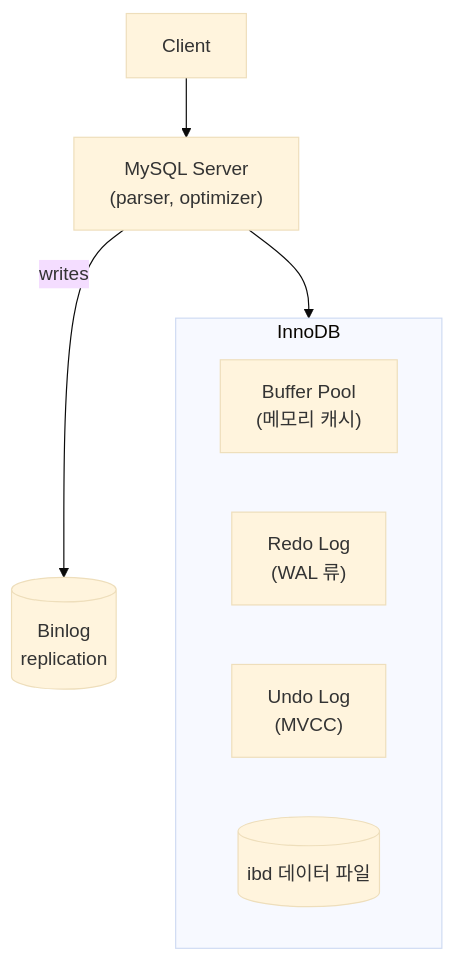
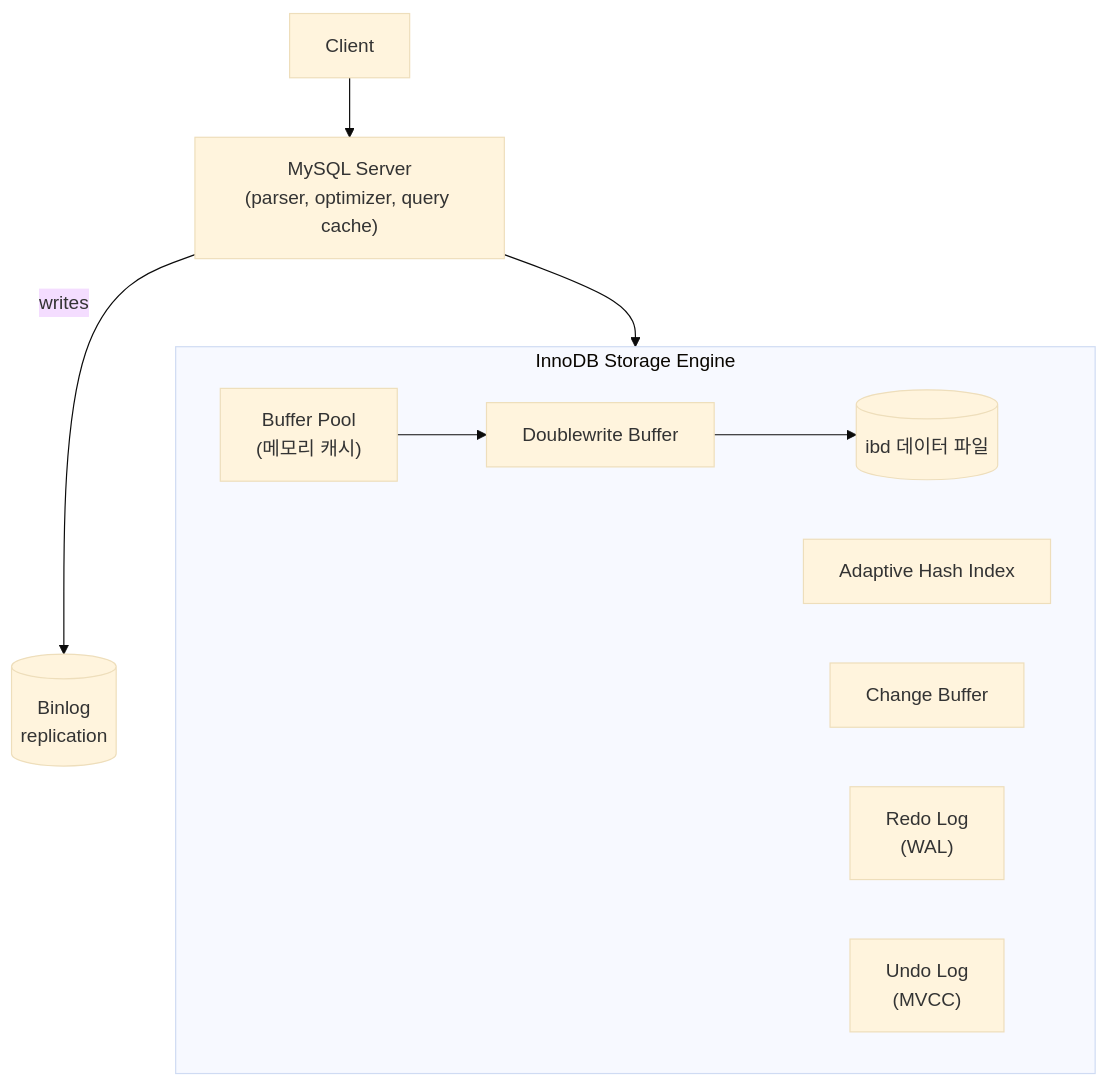
Before and after one commit to shinkeonkim/shinkeonkim.github.io: the first of 8 diagrams in src/content/wiki/database-internals/mysql-innodb.mdx, drawn with Mermaid (base theme). The commit also changed other lines of this file and 526 other files, not shown here.

First line of the commit message:
content(wiki): 전수조사 및 대규모 보강 (짧은 파일 0, mermaid +645)

````diff
--- a/src/content/wiki/database-internals/mysql-innodb.mdx
+++ b/src/content/wiki/database-internals/mysql-innodb.mdx
@@ -19,12 +29,17 @@
 ```mermaid
 flowchart TB
-    Client --> Server["MySQL Server<br/>(parser, optimizer)"]
+    Client --> Server["MySQL Server<br/>(parser, optimizer, query cache)"]
     Server --> InnoDB
-    subgraph InnoDB
-        BufferPool["Buffer Pool<br/>(메모리 캐시)"]
-        RedoLog["Redo Log<br/>(WAL 류)"]
+    subgraph InnoDB["InnoDB Storage Engine"]
+        direction LR
+        BP["Buffer Pool<br/>(메모리 캐시)"]
+        AHI["Adaptive Hash Index"]
+        CL["Change Buffer"]
+        RedoLog["Redo Log<br/>(WAL)"]
         UndoLog["Undo Log<br/>(MVCC)"]
-        DataFiles[(ibd 데이터 파일)]
+        DWB["Doublewrite Buffer"]
+        DataFiles[("ibd 데이터 파일")]
+        BP --> DWB --> DataFiles
     end
-    Server -->|writes| Binlog[(Binlog<br/>replication)]
+    Server -->|writes| Binlog[("Binlog<br/>replication")]
 ```
````
